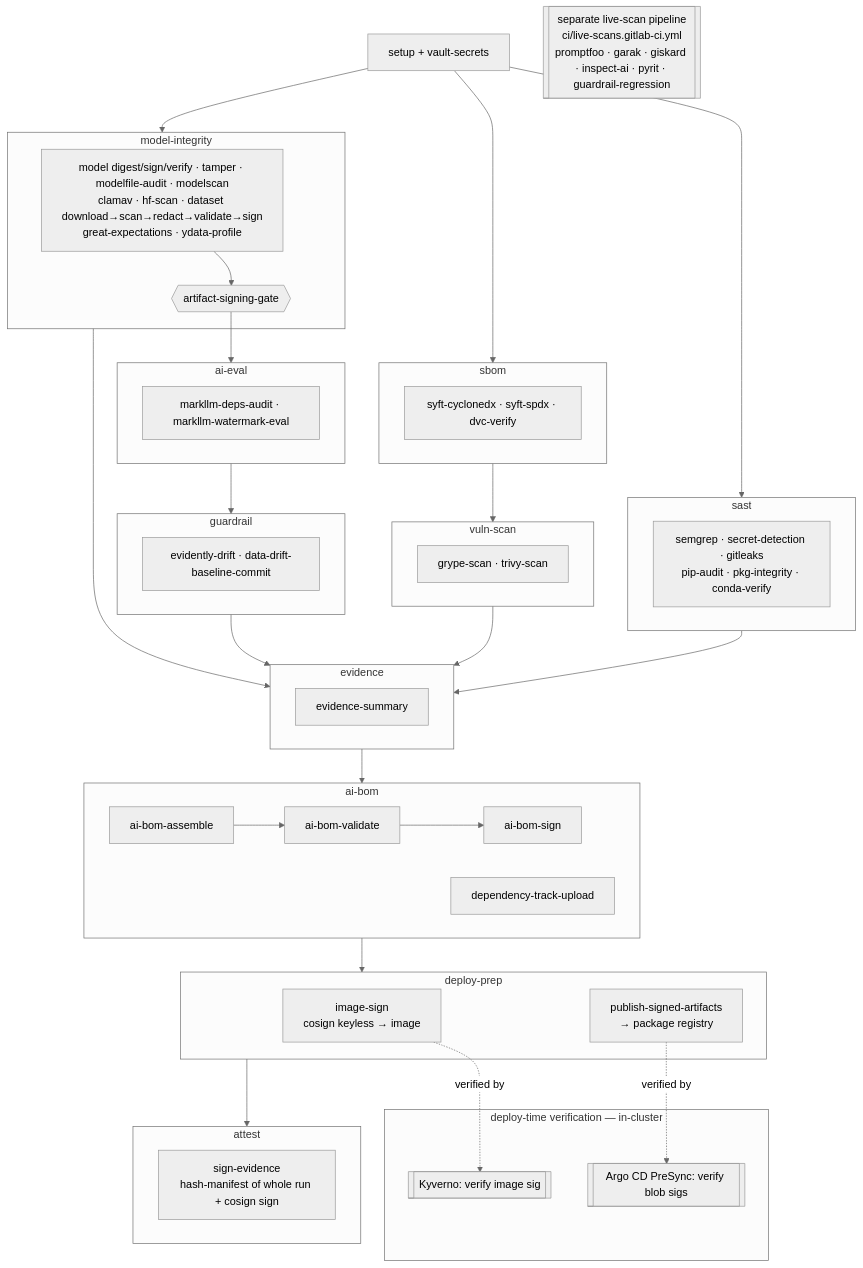
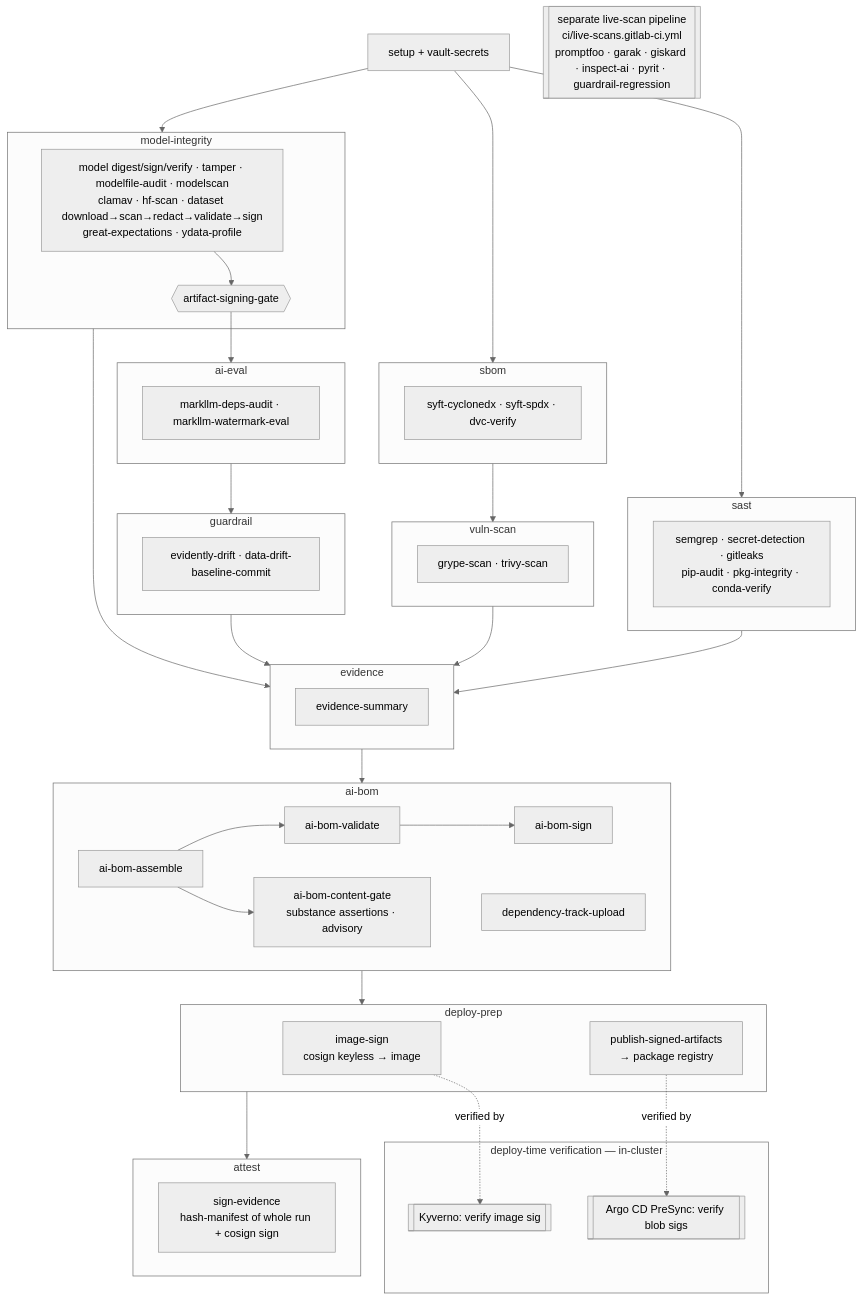
The diagram in docs/gaips-materials/ci/SBOM.md (Nate-Carroll-Cyber/mlsecdevops-pipeline-example), drawn with Mermaid (neutral theme) before and after one commit. The commit also changed other lines of this file and 12 other files, not shown here.

````diff
--- a/docs/gaips-materials/ci/SBOM.md
+++ b/docs/gaips-materials/ci/SBOM.md
@@ -18,51 +18,52 @@
 ```mermaid
 flowchart TD
     setup[setup + vault-secrets]
     subgraph SAST [sast]
       s1[semgrep · secret-detection · gitleaks<br/>pip-audit · pkg-integrity · conda-verify]
     end
     subgraph SBOM [sbom]
       s2[syft-cyclonedx · syft-spdx · dvc-verify]
     end
     subgraph VULN [vuln-scan]
       s3[grype-scan · trivy-scan]
     end
     subgraph MI [model-integrity]
       s4[model digest/sign/verify · tamper · modelfile-audit · modelscan<br/>clamav · hf-scan · dataset download→scan→redact→validate→sign<br/>great-expectations · ydata-profile]
       g{{artifact-signing-gate}}
       s4 --> g
     end
     subgraph EVAL [ai-eval]
       s5[markllm-deps-audit · markllm-watermark-eval]
     end
     subgraph GUARD [guardrail]
       s6[evidently-drift · data-drift-baseline-commit]
     end
     s_live[[separate live-scan pipeline<br/>ci/live-scans.gitlab-ci.yml<br/>promptfoo · garak · giskard · inspect-ai · pyrit · guardrail-regression]]
     subgraph EVID [evidence]
       s7[evidence-summary]
     end
     subgraph AIBOM [ai-bom]
       a1[ai-bom-assemble] --> a2[ai-bom-validate] --> a3[ai-bom-sign]
+      a1 --> a4[ai-bom-content-gate<br/>substance assertions · advisory]
       a5[dependency-track-upload]
     end
     subgraph DEPLOY [deploy-prep]
       d1[image-sign<br/>cosign keyless → image]
       d2[publish-signed-artifacts<br/>→ package registry]
     end
     subgraph ATTEST [attest]
       at1[sign-evidence<br/>hash-manifest of whole run + cosign sign]
     end
     subgraph VERIFY [deploy-time verification — in-cluster]
       v1[[Kyverno: verify image sig]]
       v2[[Argo CD PreSync: verify blob sigs]]
     end
 
     setup --> SAST & SBOM & MI
     SBOM --> VULN
     g --> EVAL --> GUARD
     SAST & VULN & GUARD & MI --> EVID
     EVID --> AIBOM --> DEPLOY --> ATTEST
     d1 -. "verified by" .-> v1
     d2 -. "verified by" .-> v2
 ```
````
